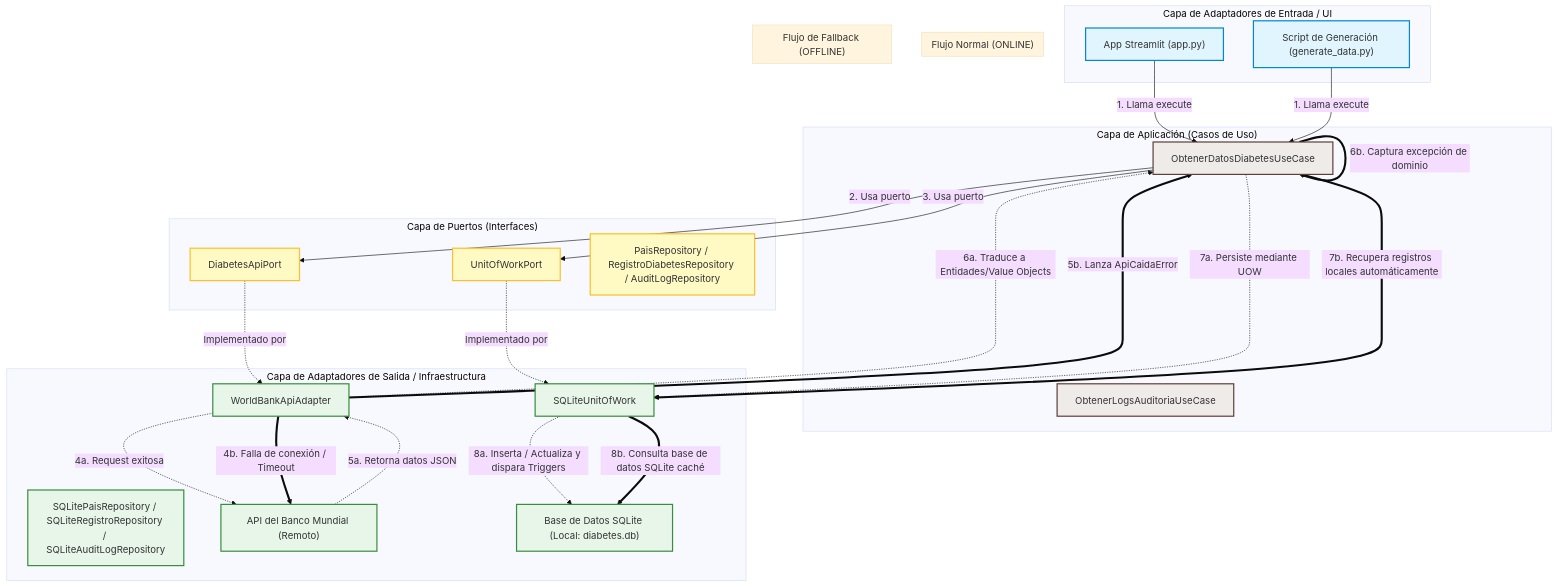
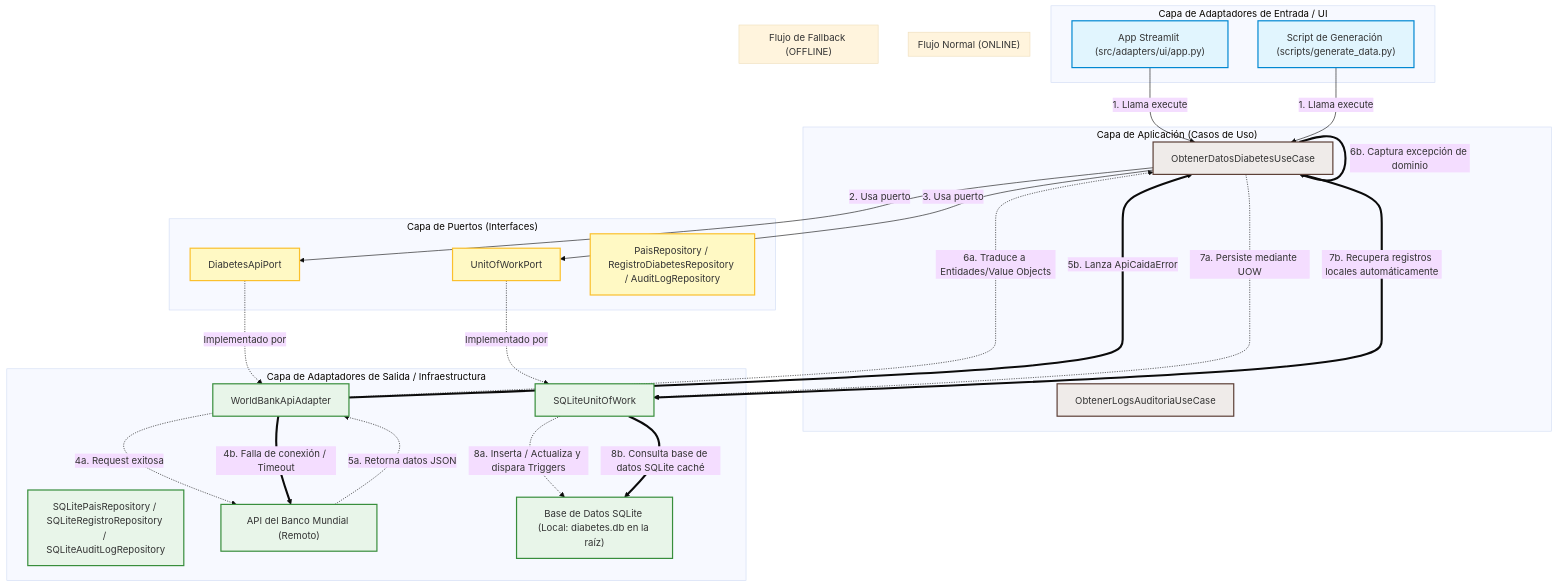
The diagram in README.md (KevinVilchez26/Diabetes), drawn with Mermaid (base theme) before and after one commit. The commit also changed other lines of this file, not shown here.

Commit message:
Actualizacion de README con estructura de proyecto y documentacion de base de datos

````diff
--- a/README.md
+++ b/README.md
@@ -13,64 +13,64 @@
 ```mermaid
 graph TD
     subgraph UI ["Capa de Adaptadores de Entrada / UI"]
-        Streamlit["App Streamlit (app.py)"]
-        CLI["Script de Generación (generate_data.py)"]
+        Streamlit["App Streamlit (src/adapters/ui/app.py)"]
+        CLI["Script de Generación (scripts/generate_data.py)"]
     end
 
     subgraph Application ["Capa de Aplicación (Casos de Uso)"]
         UseCase["ObtenerDatosDiabetesUseCase"]
         LogsUseCase["ObtenerLogsAuditoriaUseCase"]
     end
 
     subgraph Ports ["Capa de Puertos (Interfaces)"]
         ApiPort["DiabetesApiPort"]
         UowPort["UnitOfWorkPort"]
         RepoPort["PaisRepository / RegistroDiabetesRepository / AuditLogRepository"]
     end
 
     subgraph Infrastructure ["Capa de Adaptadores de Salida / Infraestructura"]
         ApiAdapter["WorldBankApiAdapter"]
         SqliteUow["SQLiteUnitOfWork"]
         SqliteRepo["SQLitePaisRepository / SQLiteRegistroRepository / SQLiteAuditLogRepository"]
         WorldBankApi["API del Banco Mundial (Remoto)"]
-        SqliteDB["Base de Datos SQLite (Local: diabetes.db)"]
+        SqliteDB["Base de Datos SQLite (Local: diabetes.db en la raíz)"]
     end
 
     %% Flujos de Inicio
     Streamlit -->|1. Llama execute| UseCase
     CLI -->|1. Llama execute| UseCase
 
     UseCase -->|2. Usa puerto| ApiPort
     UseCase -->|3. Usa puerto| UowPort
 
     ApiPort -.->|Implementado por| ApiAdapter
     UowPort -.->|Implementado por| SqliteUow
 
     %% Flujo Normal (ONLINE)
     subgraph FlujoNormal ["Flujo Normal (ONLINE)"]
         ApiAdapter -.->|4a. Request exitosa| WorldBankApi
         WorldBankApi -.->|5a. Retorna datos JSON| ApiAdapter
         ApiAdapter -.->|6a. Traduce a Entidades/Value Objects| UseCase
         UseCase -.->|7a. Persiste mediante UOW| SqliteUow
         SqliteUow -.->|8a. Inserta / Actualiza y dispara Triggers| SqliteDB
     end
 
     %% Flujo de Fallback (OFFLINE)
     subgraph FlujoFallback ["Flujo de Fallback (OFFLINE)"]
         ApiAdapter ==>|4b. Falla de conexión / Timeout| WorldBankApi
         ApiAdapter ==>|5b. Lanza ApiCaidaError| UseCase
         UseCase ==>|6b. Captura excepción de dominio| UseCase
         UseCase ==>|7b. Recupera registros locales automáticamente| SqliteUow
         SqliteUow ==>|8b. Consulta base de datos SQLite caché| SqliteDB
     end
 
     classDef UI fill:#e1f5fe,stroke:#0288d1,stroke-width:2px;
     classDef Application fill:#efebe9,stroke:#5d4037,stroke-width:2px;
     classDef Ports fill:#fff9c4,stroke:#fbc02d,stroke-width:2px;
     classDef Infrastructure fill:#e8f5e9,stroke:#388e3c,stroke-width:2px;
     
     class Streamlit,CLI UI;
     class UseCase,LogsUseCase Application;
     class ApiPort,UowPort,RepoPort Ports;
     class ApiAdapter,SqliteUow,SqliteRepo,WorldBankApi,SqliteDB Infrastructure;
 ```
````
